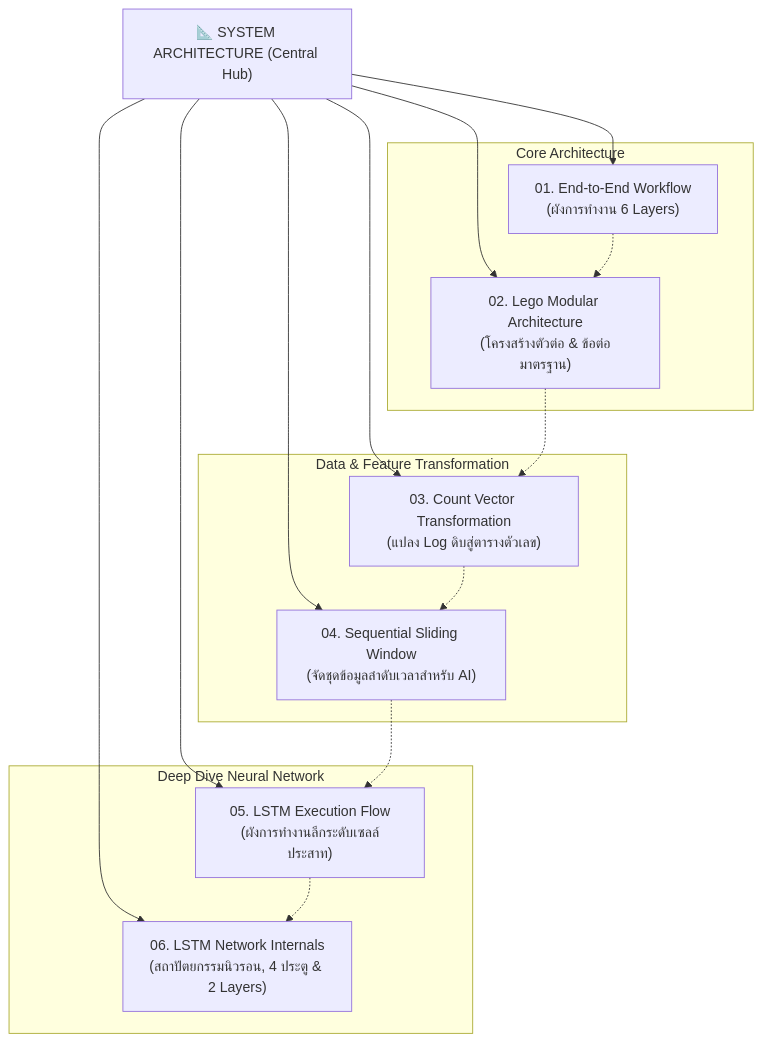
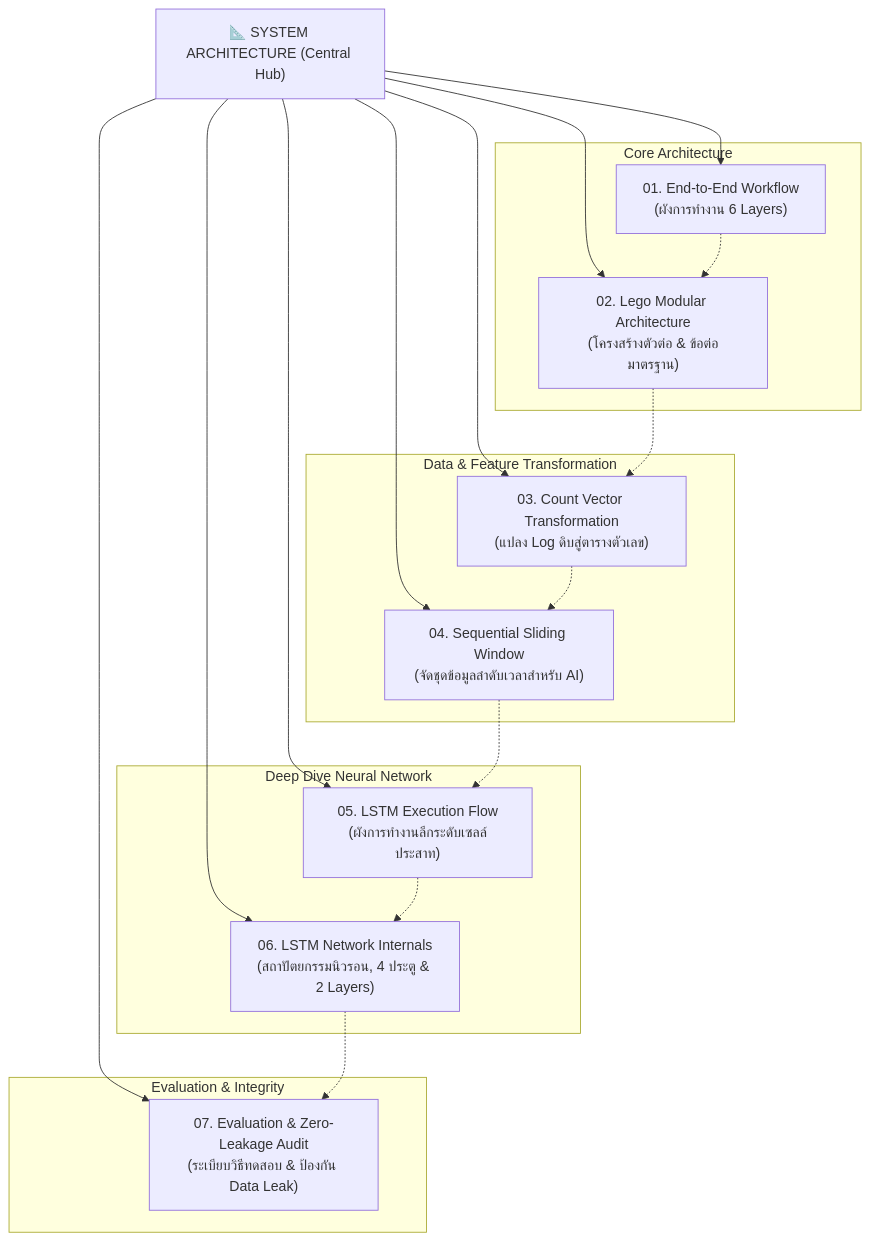
The diagram in SYSTEM_ARCHITECTURE.md (kora-ora/LogWatchdog), drawn with Mermaid before and after one commit. The commit also changed other lines of this file and 11 other files, not shown here.

First line of the commit message:
feat(pipeline): implement zero-leakage pipeline and Drain3 regex masking

````diff
--- a/SYSTEM_ARCHITECTURE.md
+++ b/SYSTEM_ARCHITECTURE.md
@@ -10,32 +10,38 @@
 ```mermaid
 flowchart TD
     Hub["📐 SYSTEM ARCHITECTURE (Central Hub)"]
     
     subgraph Core Architecture
         T1["01. End-to-End Workflow<br/>(ผังการทำงาน 6 Layers)"]
         T2["02. Lego Modular Architecture<br/>(โครงสร้างตัวต่อ & ข้อต่อมาตรฐาน)"]
     end
     
     subgraph Data & Feature Transformation
         T3["03. Count Vector Transformation<br/>(แปลง Log ดิบสู่ตารางตัวเลข)"]
         T4["04. Sequential Sliding Window<br/>(จัดชุดข้อมูลลำดับเวลาสำหรับ AI)"]
     end
     
     subgraph Deep Dive Neural Network
         T5["05. LSTM Execution Flow<br/>(ผังการทำงานลึกระดับเซลล์ประสาท)"]
         T6["06. LSTM Network Internals<br/>(สถาปัตยกรรมนิวรอน, 4 ประตู & 2 Layers)"]
     end
+
+    subgraph Evaluation & Integrity
+        T7["07. Evaluation & Zero-Leakage Audit<br/>(ระเบียบวิธีทดสอบ & ป้องกัน Data Leak)"]
+    end
     
     Hub --> T1
     Hub --> T2
     Hub --> T3
     Hub --> T4
     Hub --> T5
     Hub --> T6
+    Hub --> T7
 
     T1 -.-> T2
     T2 -.-> T3
     T3 -.-> T4
     T4 -.-> T5
     T5 -.-> T6
+    T6 -.-> T7
 ```
````
